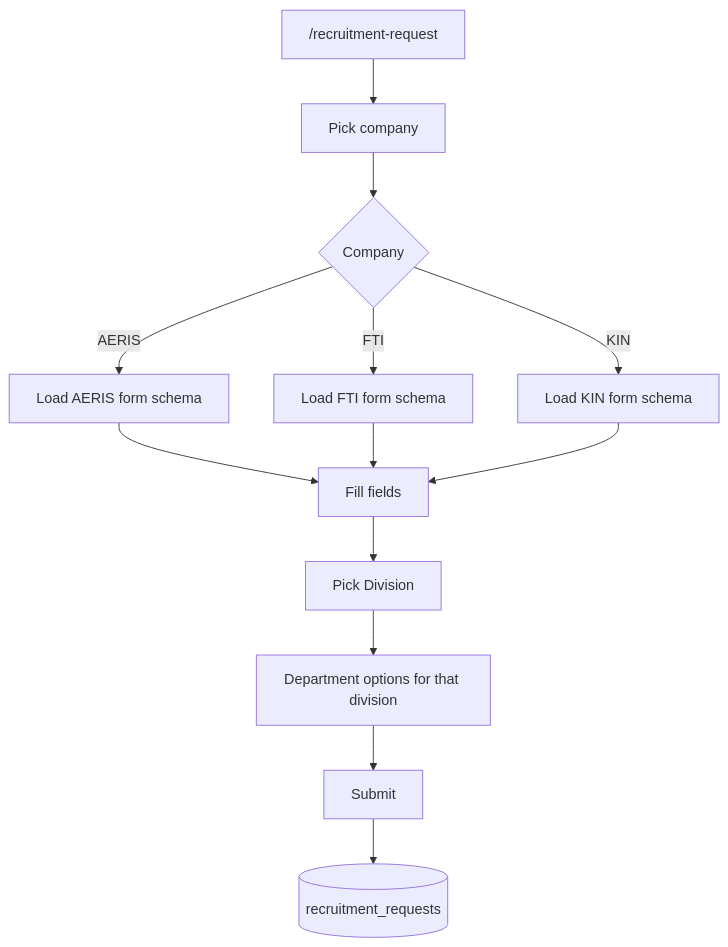
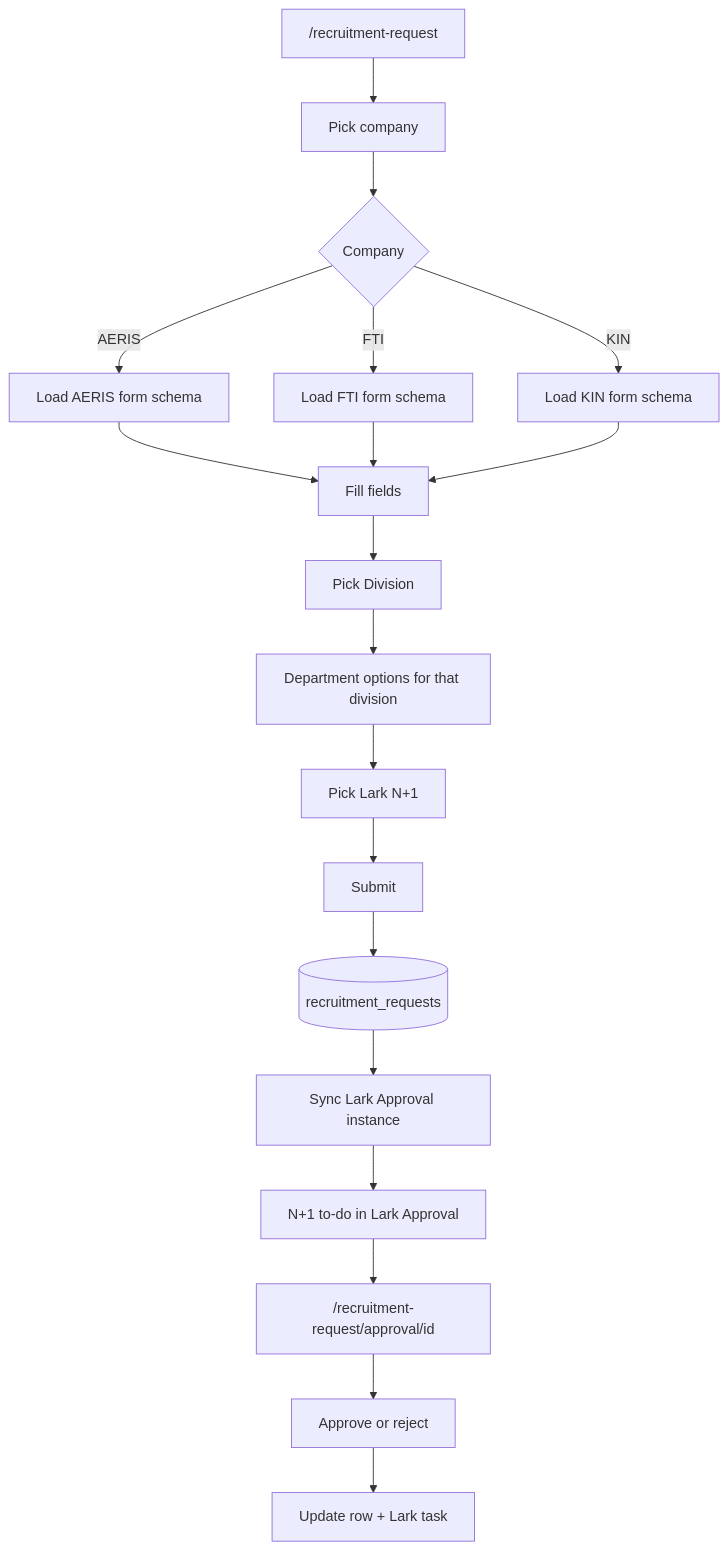
Before and after one commit to itaeris/hr-dashboard: the second of 4 diagrams in README.md, drawn with Mermaid. The commit also changed other lines of this file and 1 other file, not shown here.

First line of the commit message:
Update README and Lark client integration for enhanced recruitment features

````diff
--- a/README.md
+++ b/README.md
@@ -62,15 +67,21 @@
 ```mermaid
 flowchart TD
   A["/recruitment-request"] --> B[Pick company]
   B --> C{Company}
   C -->|AERIS| D[Load AERIS form schema]
   C -->|FTI| E[Load FTI form schema]
   C -->|KIN| F[Load KIN form schema]
   D --> G[Fill fields]
   E --> G
   F --> G
   G --> H[Pick Division]
   H --> I[Department options for that division]
-  I --> J[Submit]
-  J --> K[(recruitment_requests)]
+  I --> J[Pick Lark N+1]
+  J --> K[Submit]
+  K --> L[(recruitment_requests)]
+  L --> M[Sync Lark Approval instance]
+  M --> N[N+1 to-do in Lark Approval]
+  N --> O["/recruitment-request/approval/id"]
+  O --> P[Approve or reject]
+  P --> Q[Update row + Lark task]
 ```
````
